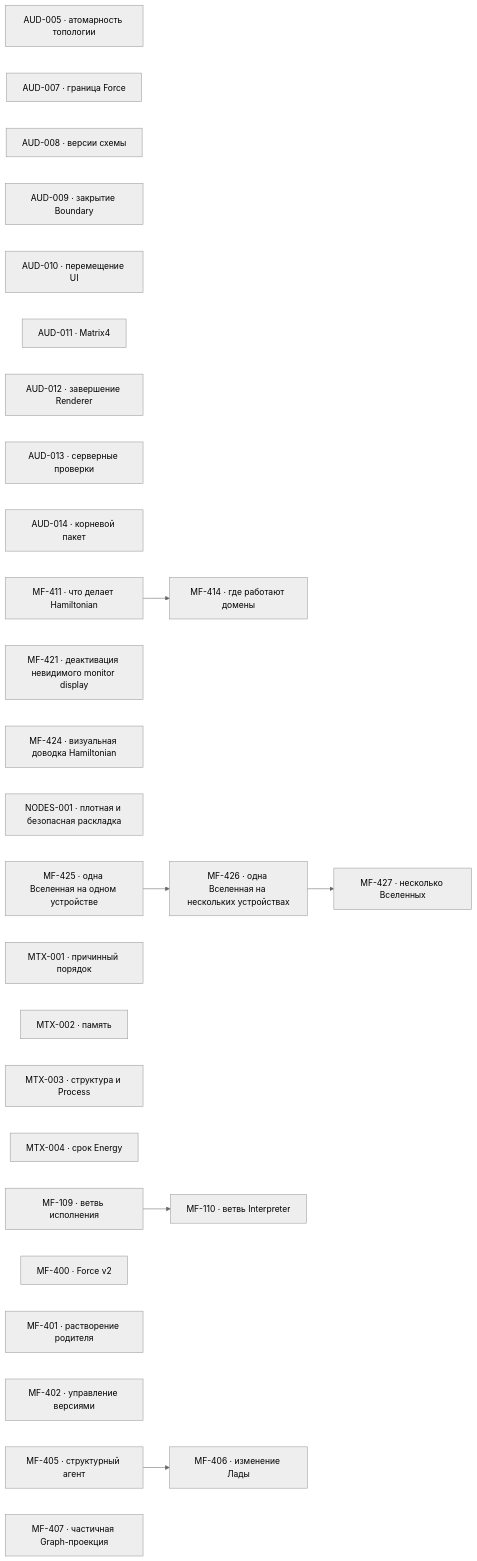
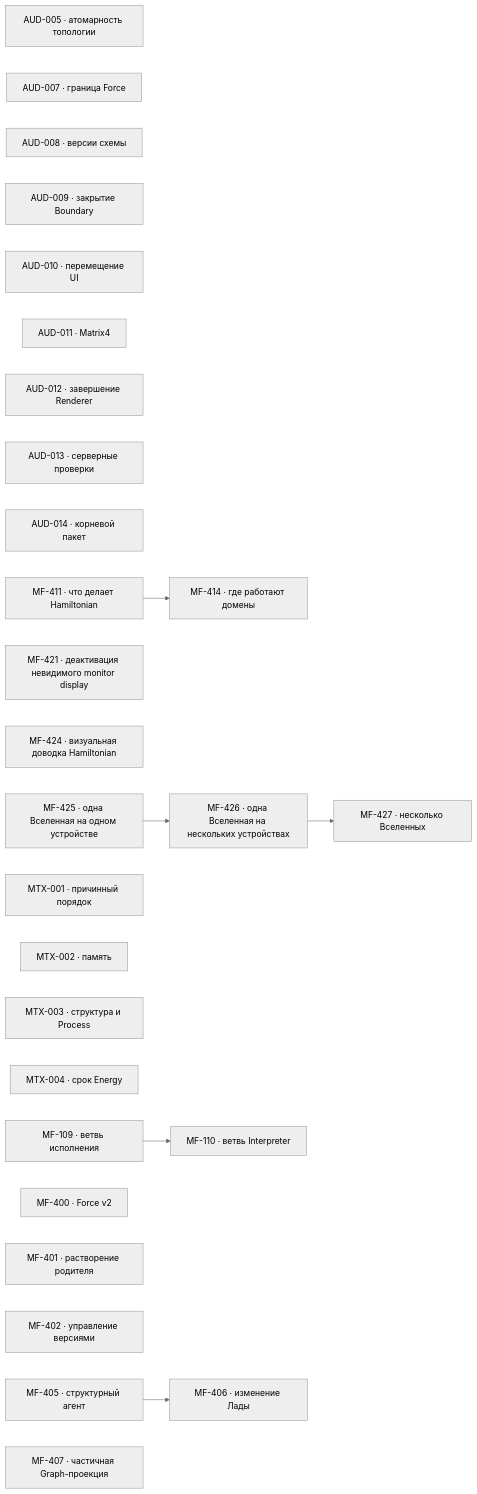
One commit to zavx0z/metafor changed the diagram in project/TODO.md. Above: the diagram before and after it, drawn with Mermaid (neutral theme). The commit also changed other lines of this file and 16 other files, not shown here.

````diff
--- a/project/TODO.md
+++ b/project/TODO.md
@@ -13,37 +13,36 @@
 ```mermaid
 flowchart LR
     AUD005["AUD-005 · атомарность топологии"]
     AUD007["AUD-007 · граница Force"]
     AUD008["AUD-008 · версии схемы"]
     AUD009["AUD-009 · закрытие Boundary"]
     AUD010["AUD-010 · перемещение UI"]
     AUD011["AUD-011 · Matrix4"]
     AUD012["AUD-012 · завершение Renderer"]
     AUD013["AUD-013 · серверные проверки"]
     AUD014["AUD-014 · корневой пакет"]
     MF411["MF-411 · что делает Hamiltonian"]
     MF414["MF-414 · где работают домены"]
     MF421["MF-421 · деактивация невидимого monitor display"]
     MF424["MF-424 · визуальная доводка Hamiltonian"]
-    NODES001["NODES-001 · плотная и безопасная раскладка"]
     MF425["MF-425 · одна Вселенная на одном устройстве"]
     MF426["MF-426 · одна Вселенная на нескольких устройствах"]
     MF427["MF-427 · несколько Вселенных"]
     MTX001["MTX-001 · причинный порядок"]
     MTX002["MTX-002 · память"]
     MTX003["MTX-003 · структура и Process"]
     MTX004["MTX-004 · срок Energy"]
     MF109["MF-109 · ветвь исполнения"]
     MF110["MF-110 · ветвь Interpreter"]
     MF400["MF-400 · Force v2"]
     MF401["MF-401 · растворение родителя"]
     MF402["MF-402 · управление версиями"]
     MF405["MF-405 · структурный агент"]
     MF406["MF-406 · изменение Лады"]
     MF407["MF-407 · частичная Graph-проекция"]
     MF109 --> MF110
     MF405 --> MF406
     MF411 --> MF414
     MF425 --> MF426
     MF426 --> MF427
 ```
````
